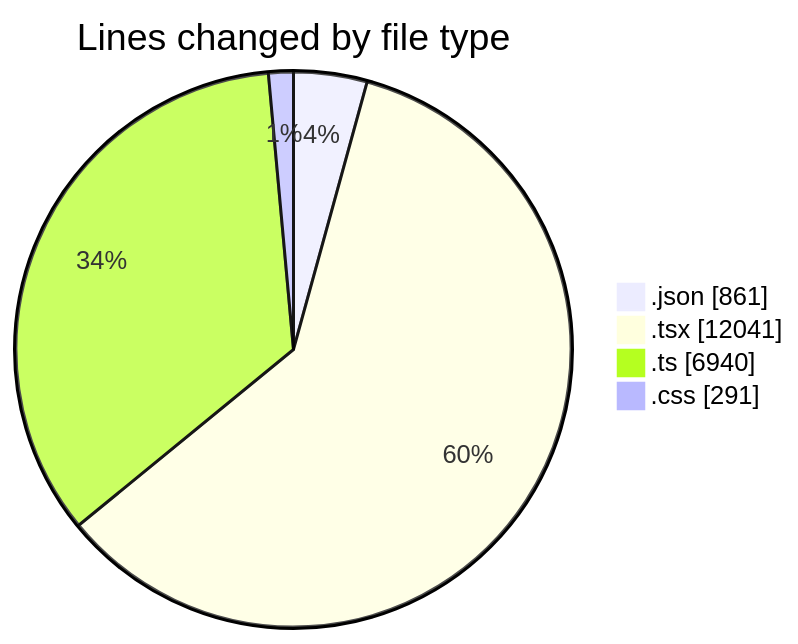
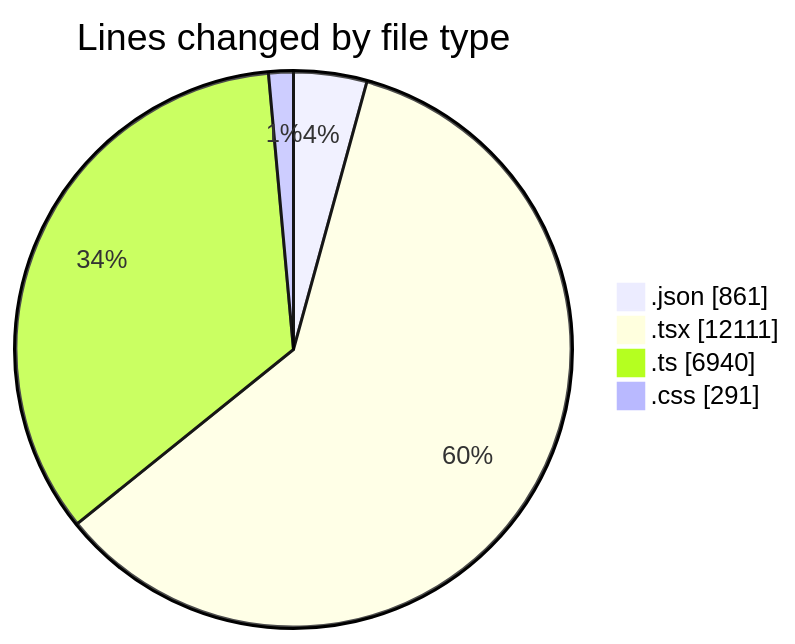
Before and after one commit to julien-gomy/code-tracking: the first of 2 diagrams in 2025-10-07/eventscop-frontend-guide__workspace_/README.md, drawn with Mermaid. The commit also changed other lines of this file and 1 other file, not shown here.

````diff
--- a/2025-10-07/eventscop-frontend-guide__workspace_/README.md
+++ b/2025-10-07/eventscop-frontend-guide__workspace_/README.md
@@ -100,8 +101,8 @@
 ```mermaid
 pie showData
 title Lines changed by file type
 ".json" : 861
-".tsx" : 12041
+".tsx" : 12111
 ".ts" : 6940
 ".css" : 291
 ```
````
